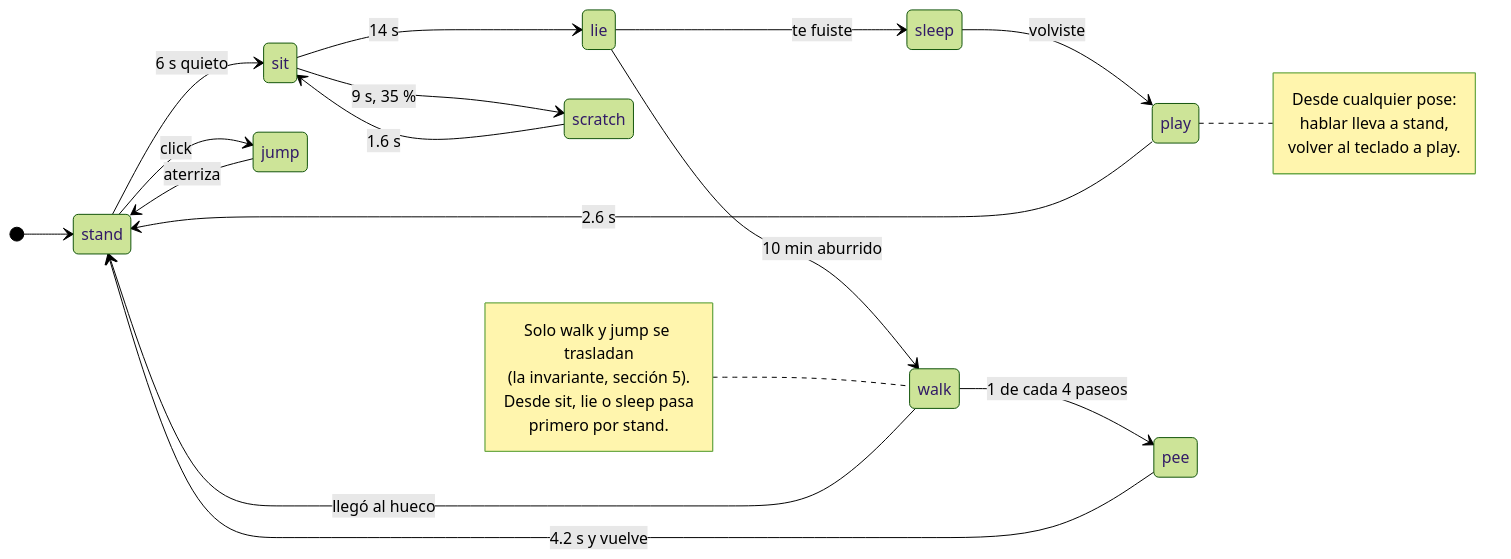
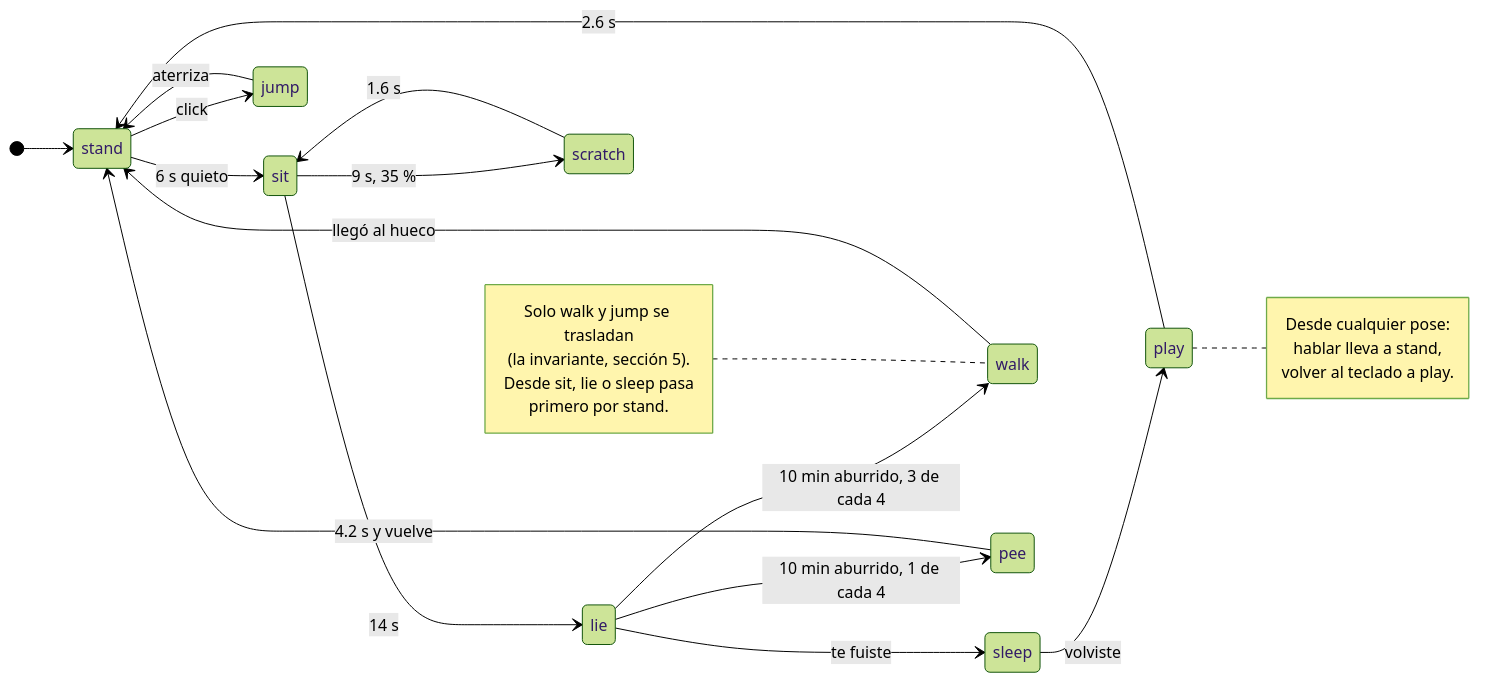
Before and after one commit to leono81/atom-cito: the first of 4 diagrams in docs/DIAGRAMAS.md, drawn with Mermaid (forest theme). The commit also changed other lines of this file and 2 other files, not shown here.

````diff
--- a/docs/DIAGRAMAS.md
+++ b/docs/DIAGRAMAS.md
@@ -21,33 +21,33 @@
 ```mermaid
 stateDiagram-v2
     direction LR
     [*] --> stand
 
     stand --> sit : 6 s quieto
     sit --> lie : 14 s
     sit --> scratch : 9 s, 35 %
     scratch --> sit : 1.6 s
     lie --> sleep : te fuiste
     sleep --> play : volviste
     play --> stand : 2.6 s
 
-    lie --> walk : 10 min aburrido
+    lie --> walk : 10 min aburrido, 3 de cada 4
+    lie --> pee : 10 min aburrido, 1 de cada 4
     walk --> stand : llegó al hueco
-    walk --> pee : 1 de cada 4 paseos
     pee --> stand : 4.2 s y vuelve
 
     stand --> jump : click
     jump --> stand : aterriza
 
     note right of play
         Desde cualquier pose:
         hablar lleva a stand,
         volver al teclado a play.
     end note
     note left of walk
         Solo walk y jump se trasladan
         (la invariante, sección 5).
         Desde sit, lie o sleep pasa
         primero por stand.
     end note
 ```
````
